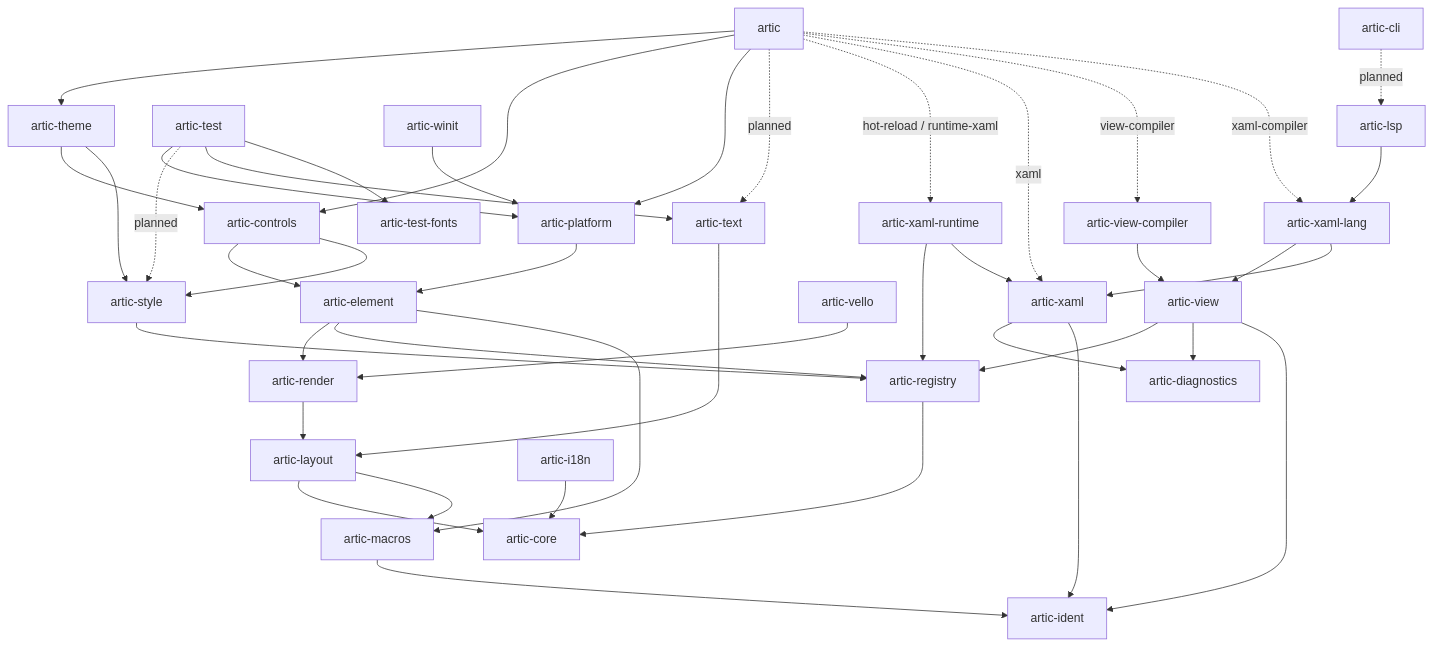
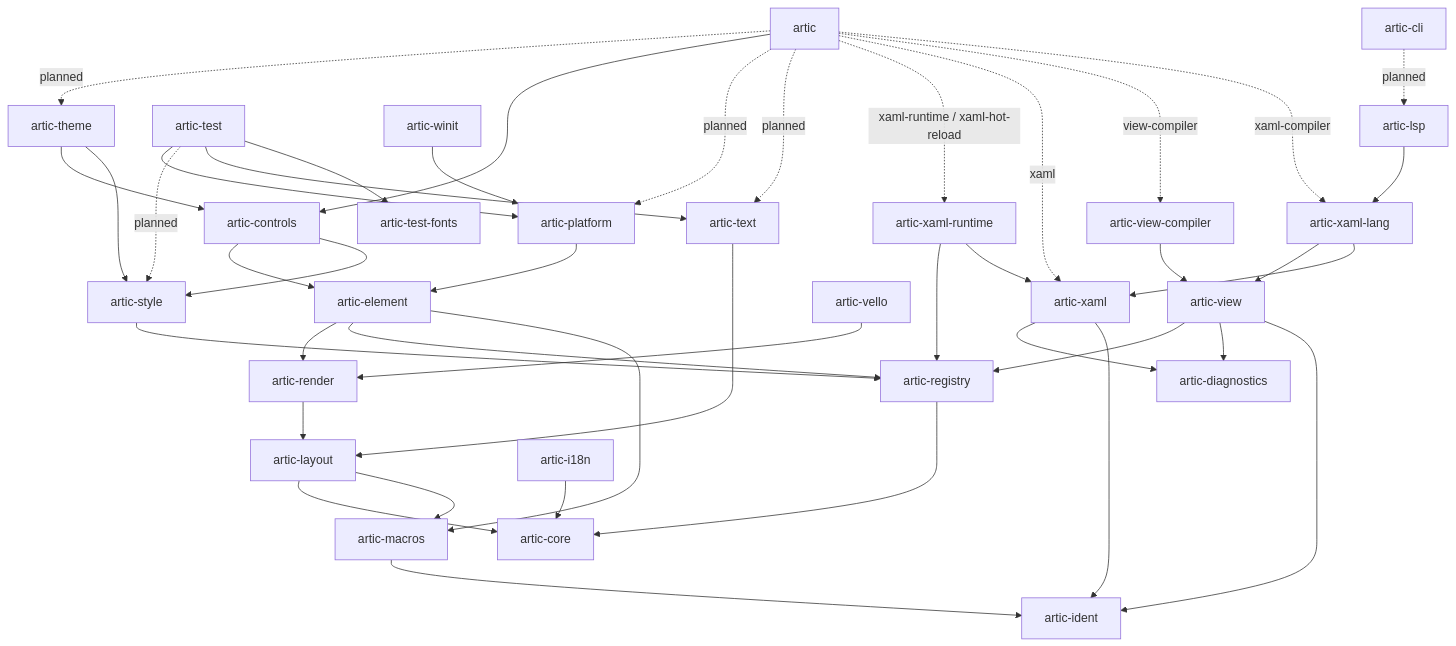
The diagram in docs/architecture.md (wolfware-labs/artic), drawn with Mermaid before and after one commit. The commit also changed other lines of this file and 7 other files, not shown here.

````diff
--- a/docs/architecture.md
+++ b/docs/architecture.md
@@ -36,54 +36,54 @@
 ```mermaid
 flowchart TD
-  artic --> theme[artic-theme]
+  artic -. planned .-> theme[artic-theme]
   artic --> controls[artic-controls]
-  artic --> platform[artic-platform]
+  artic -. planned .-> platform[artic-platform]
   artic -. planned .-> text[artic-text]
-  artic -. hot-reload / runtime-xaml .-> runtime[artic-xaml-runtime]
+  artic -. xaml-runtime / xaml-hot-reload .-> runtime[artic-xaml-runtime]
   artic -. xaml .-> xaml
   artic -. view-compiler .-> viewc[artic-view-compiler]
   artic -. xaml-compiler .-> lang
 
   theme --> controls
   theme --> styles[artic-style]
 
   controls --> element[artic-element]
   controls --> styles
 
   platform --> element
 
   element --> render[artic-render]
   element --> registry[artic-registry]
   element --> macros[artic-macros]
 
   test[artic-test] --> platform
   test -. planned .-> styles
   test --> text
   test --> fonts[artic-test-fonts]
 
   winit[artic-winit] --> platform
   vello[artic-vello] --> render
 
   cli[artic-cli] -. planned .-> lsp[artic-lsp]
   lsp --> lang[artic-xaml-lang]
 
   render --> layout[artic-layout]
   text --> layout
   styles --> registry
   viewc --> view[artic-view]
   lang --> view
   view --> registry
   view --> diagnostics
   lang --> xaml[artic-xaml]
   xaml --> diagnostics[artic-diagnostics]
   runtime --> registry
   runtime --> xaml
 
   registry --> core[artic-core]
   layout --> core
   layout --> macros
   macros --> ident[artic-ident]
   xaml --> ident
   view --> ident
   i18n[artic-i18n] --> core
 ```
````
